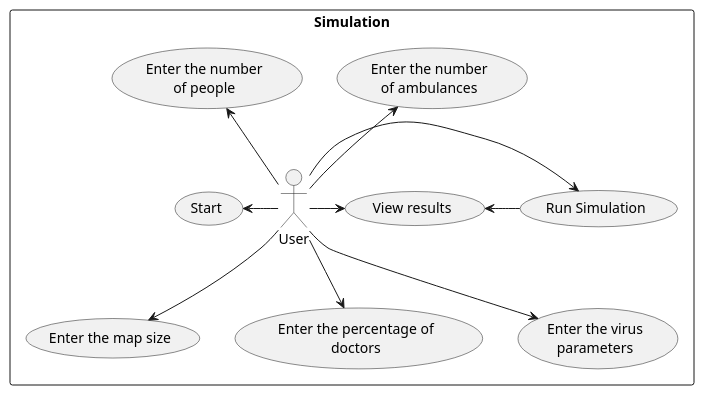
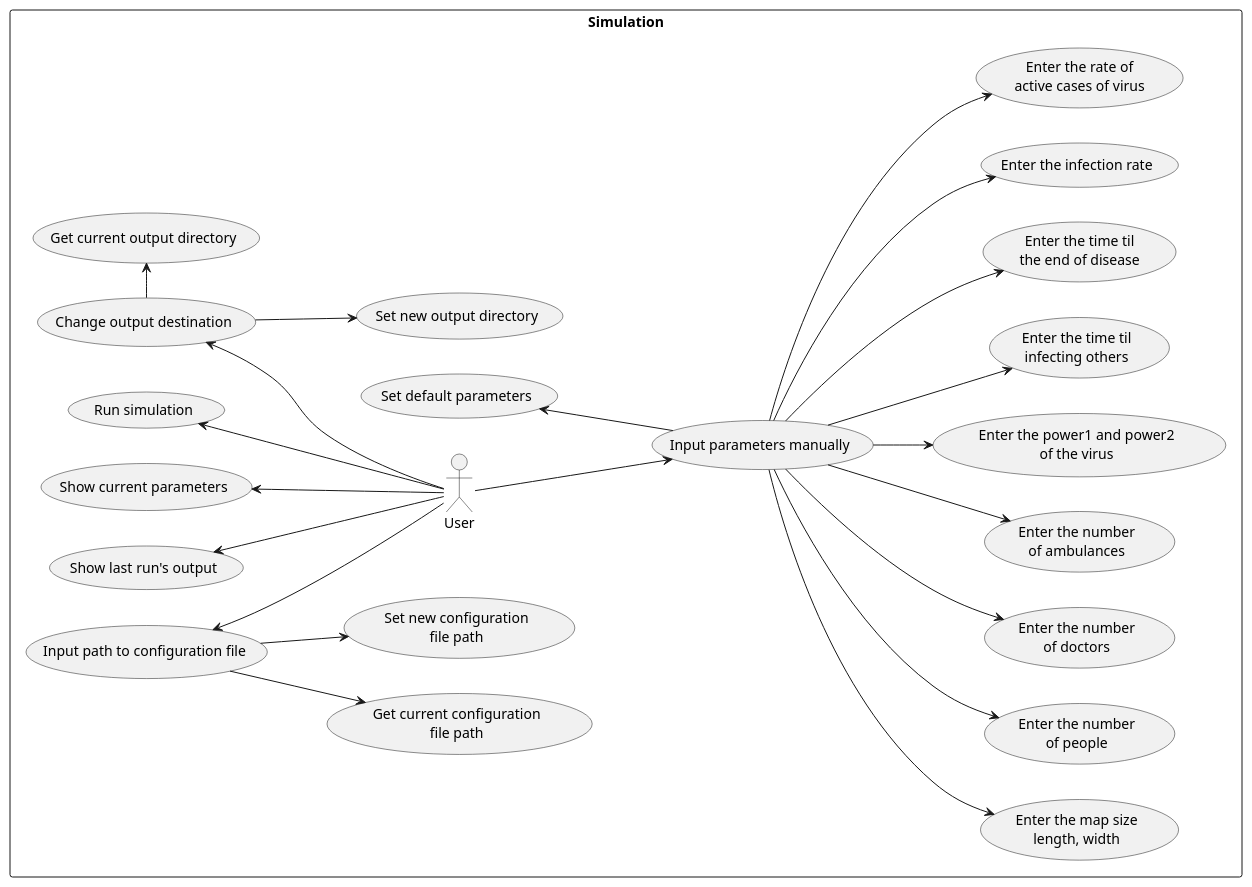
Before and after one commit to karolWazny/plague-repo: the diagram in dokumentacja/usecases_diagram/usecases_diagram08062020.plantuml, drawn with PlantUML. The commit also changed 2 other files, not shown here.

Commit message:
Diagram przypadków użycia

```diff
--- a/dokumentacja/usecases_diagram/usecases_diagram08062020.plantuml
+++ b/dokumentacja/usecases_diagram/usecases_diagram08062020.plantuml
@@ -1,16 +1,29 @@
-@startuml Usecases
- 
-rectangle Simulation {
-    :User:
-    :User: -left-> (Start)
-    :User: -up-> (Enter the number\nof people)
-    :User: -down-> (Enter the map size)
-    :User: -up-> (Enter the number\nof ambulances)
-    :User: -down-> (Enter the percentage of\ndoctors)
-    :User: -down-> (Enter the virus\nparameters)
-    :User: -left-> (Run Simulation) 
-    (Run Simulation) -left-> (View results)
-    :User: -right-> (View results)
+@startuml
+left to right direction
+rectangle Simulation{
+    :User: --> (Input parameters manually)
+    (Change output destination) <-- :User:
+    (Run simulation) <-- :User:
+    (Show current parameters) <-- :User:
+    (Show last run's output) <-- :User:
+    (Input path to configuration file) <-- :User:
     
+
+    (Input parameters manually) --> (Enter the map size\nlength, width)
+    (Input parameters manually) --> (Enter the number\nof people)
+    (Input parameters manually) --> (Enter the number\nof doctors)
+    (Input parameters manually) --> (Enter the number\nof ambulances)
+    (Input parameters manually) --> (Enter the power1 and power2\nof the virus)
+    (Input parameters manually) --> (Enter the time til\ninfecting others)
+    (Input parameters manually) --> (Enter the time til\nthe end of disease)
+    (Input parameters manually) --> (Enter the infection rate)
+    (Input parameters manually) --> (Enter the rate of\nactive cases of virus)
+    (Input parameters manually) -up-> (Set default parameters)
+    
+    (Input path to configuration file) --> (Get current configuration\nfile path)
+    (Input path to configuration file) --> (Set new configuration\nfile path)
+
+    (Change output destination) -> (Get current output directory)
+    (Change output destination) --> (Set new output directory)
 }
 @enduml
```
